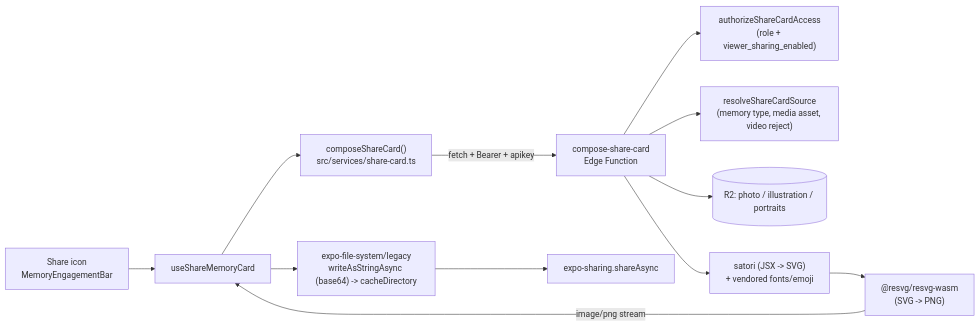
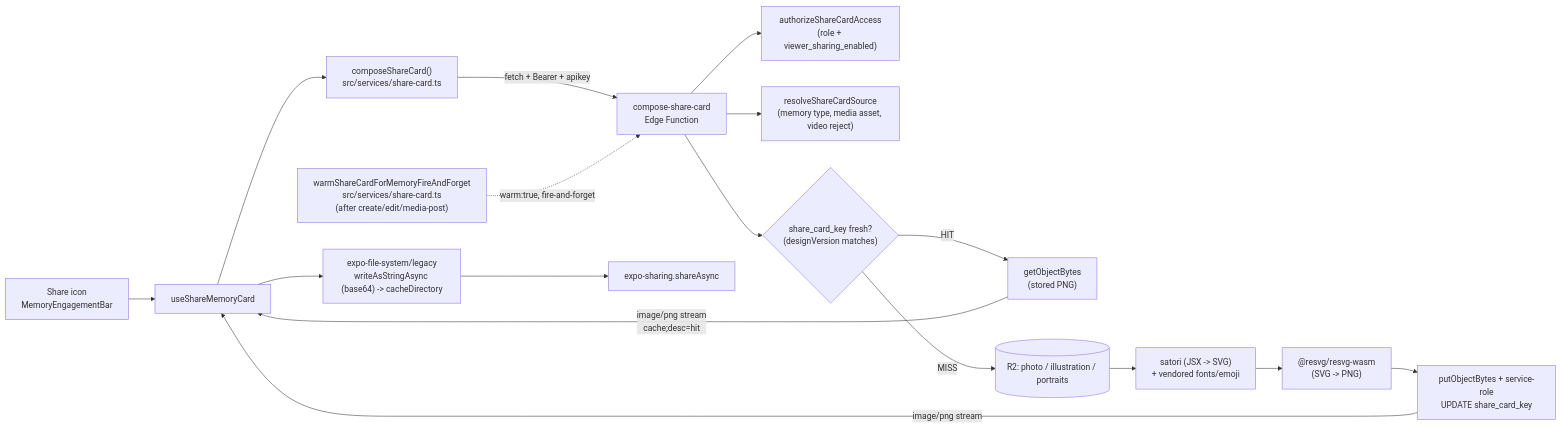
The diagram in docs/features/memory-sharing.md (eduardoyi/newmomora), drawn with Mermaid before and after one commit. The commit also changed other lines of this file and 22 other files, not shown here.

First line of the commit message:
feat: store-through cache for share cards with proactive warming

````diff
--- a/docs/features/memory-sharing.md
+++ b/docs/features/memory-sharing.md
@@ -53,14 +66,20 @@
 ```mermaid
 flowchart LR
   Icon["Share icon\nMemoryEngagementBar"] --> Hook["useShareMemoryCard"]
   Hook --> Service["composeShareCard()\nsrc/services/share-card.ts"]
   Service -- "fetch + Bearer + apikey" --> Function["compose-share-card\nEdge Function"]
   Function --> Authz["authorizeShareCardAccess\n(role + viewer_sharing_enabled)"]
   Function --> Resolve["resolveShareCardSource\n(memory type, media asset, video reject)"]
-  Function --> R2[("R2: photo / illustration / portraits")]
-  Function --> Satori["satori (JSX -> SVG)\n+ vendored fonts/emoji"]
+  Function --> Cache{"share_card_key fresh?\n(designVersion matches)"}
+  Cache -- "HIT" --> ReadCache["getObjectBytes\n(stored PNG)"]
+  ReadCache -- "image/png stream\ncache;desc=hit" --> Hook
+  Cache -- "MISS" --> R2Assets[("R2: photo / illustration / portraits")]
+  R2Assets --> Satori["satori (JSX -> SVG)\n+ vendored fonts/emoji"]
   Satori --> Resvg["@resvg/resvg-wasm\n(SVG -> PNG)"]
-  Resvg -- "image/png stream" --> Hook
+  Resvg --> Store["putObjectBytes + service-role\nUPDATE share_card_key"]
+  Store -- "image/png stream" --> Hook
   Hook --> FS["expo-file-system/legacy\nwriteAsStringAsync (base64) -> cacheDirectory"]
   FS --> Sharing["expo-sharing.shareAsync"]
+
+  Warm["warmShareCardForMemoryFireAndForget\nsrc/services/share-card.ts\n(after create/edit/media-post)"] -. "warm:true, fire-and-forget" .-> Function
 ```
````
